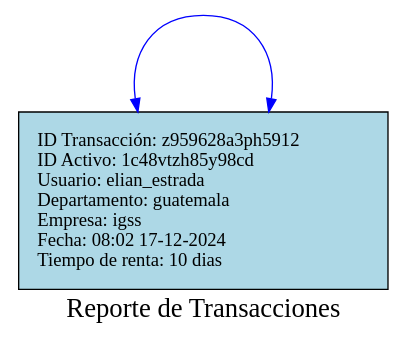
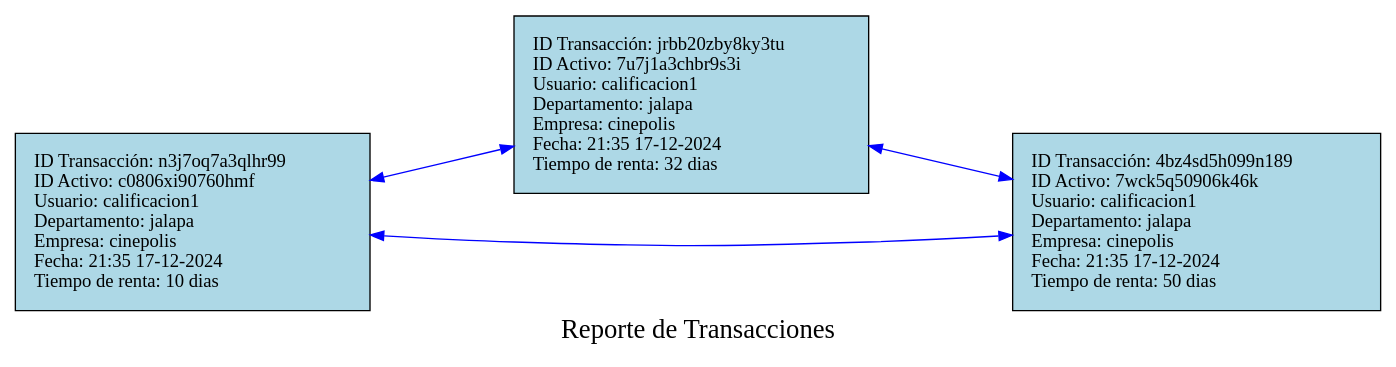
One commit to Ennero/EDD_Proyecto1_Vacas2_202302220 changed the diagram in Proyecto1/cmake-build-debug/reporteListaCircular.dot. Above: the diagram before and after it, drawn with Graphviz. The commit also changed 16 other files, not shown here.

```diff
--- a/Proyecto1/cmake-build-debug/reporteListaCircular.dot
+++ b/Proyecto1/cmake-build-debug/reporteListaCircular.dot
@@ -1,8 +1,12 @@
 digraph listita {
 rankdir=LR;node [shape=record, style=filled, fillcolor=lightblue, margin=0.2];
 edge [style=solid, color=blue];
 graph [ranksep=1.5, nodesep=1];
 graph [label="Reporte de Transacciones", fontsize=20, fontcolor=black];
-"z959628a3ph5912" [label="{ID Transacción: z959628a3ph5912\lID Activo: 1c48vtzh85y98cd\lUsuario: elian_estrada\lDepartamento: guatemala\lEmpresa: igss\lFecha: 08:02 17-12-2024\lTiempo de renta: 10 dias\l}"];
-"z959628a3ph5912" -> "z959628a3ph5912"[dir=both];
+"n3j7oq7a3qlhr99" [label="{ID Transacción: n3j7oq7a3qlhr99\lID Activo: c0806xi90760hmf\lUsuario: calificacion1\lDepartamento: jalapa\lEmpresa: cinepolis\lFecha: 21:35 17-12-2024\lTiempo de renta: 10 dias\l}"];
+"n3j7oq7a3qlhr99" -> "jrbb20zby8ky3tu"[dir=both];
+"jrbb20zby8ky3tu" [label="{ID Transacción: jrbb20zby8ky3tu\lID Activo: 7u7j1a3chbr9s3i\lUsuario: calificacion1\lDepartamento: jalapa\lEmpresa: cinepolis\lFecha: 21:35 17-12-2024\lTiempo de renta: 32 dias\l}"];
+"jrbb20zby8ky3tu" -> "4bz4sd5h099n189"[dir=both];
+"4bz4sd5h099n189" [label="{ID Transacción: 4bz4sd5h099n189\lID Activo: 7wck5q50906k46k\lUsuario: calificacion1\lDepartamento: jalapa\lEmpresa: cinepolis\lFecha: 21:35 17-12-2024\lTiempo de renta: 50 dias\l}"];
+"4bz4sd5h099n189" -> "n3j7oq7a3qlhr99"[dir=both];
 }
```
